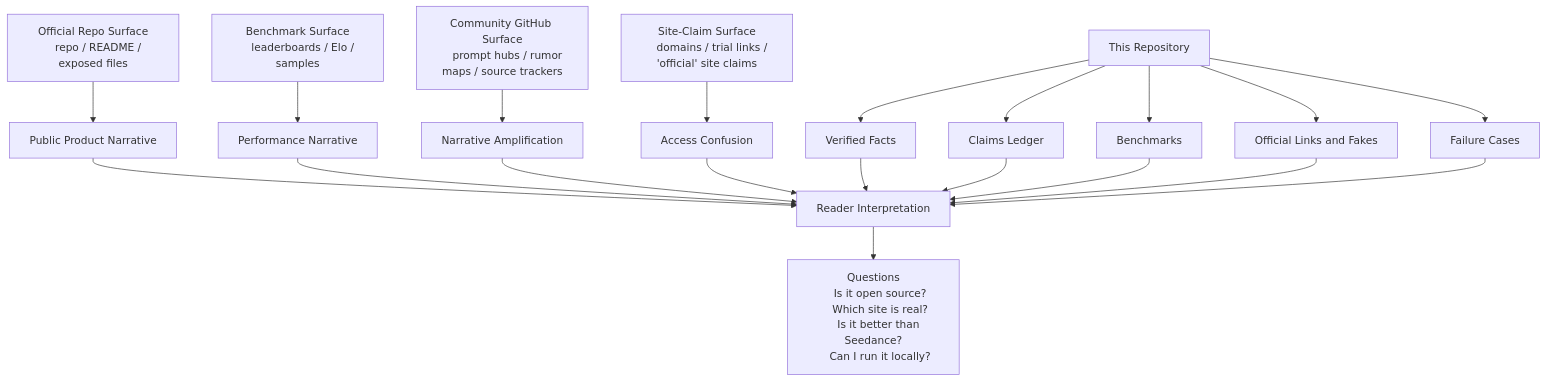
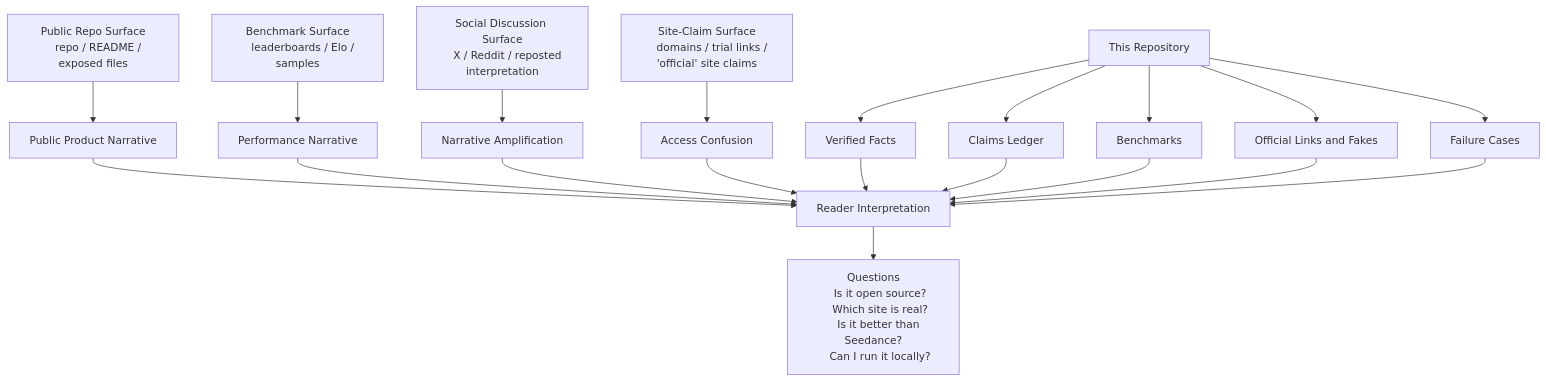
Before and after one commit to Nsmo-ai/awesome-happy-horse-1.0: the diagram in docs/public-signal-surfaces.md, drawn with Mermaid. The commit also changed other lines of this file and 13 other files, not shown here.

````diff
--- a/docs/public-signal-surfaces.md
+++ b/docs/public-signal-surfaces.md
@@ -13,34 +13,34 @@
 ```mermaid
 flowchart TD
-    A["Official Repo Surface
+    A["Public Repo Surface
     repo / README / exposed files"] --> B["Public Product Narrative"]
     C["Benchmark Surface
     leaderboards / Elo / samples"] --> D["Performance Narrative"]
-    E["Community GitHub Surface
-    prompt hubs / rumor maps / source trackers"] --> F["Narrative Amplification"]
+    E["Social Discussion Surface
+    X / Reddit / reposted interpretation"] --> F["Narrative Amplification"]
     G["Site-Claim Surface
     domains / trial links / 'official' site claims"] --> H["Access Confusion"]
 
     B --> I["Reader Interpretation"]
     D --> I
     F --> I
     H --> I
 
     I --> J["Questions
     Is it open source?
     Which site is real?
     Is it better than Seedance?
     Can I run it locally?"]
 
     K["This Repository"] --> L["Verified Facts"]
     K --> M["Claims Ledger"]
     K --> N["Benchmarks"]
     K --> O["Official Links and Fakes"]
     K --> P["Failure Cases"]
 
     L --> I
     M --> I
     N --> I
     O --> I
     P --> I
 ```
````
